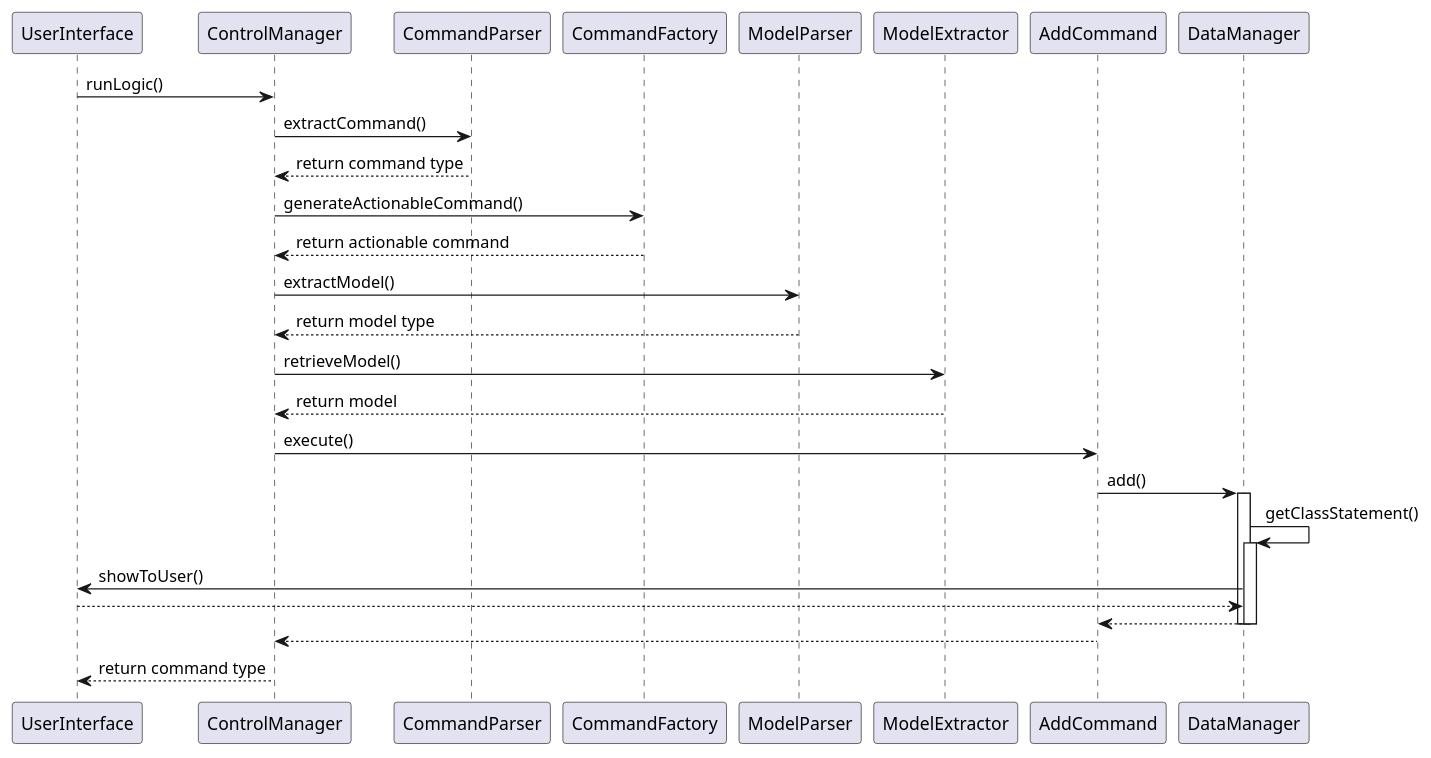
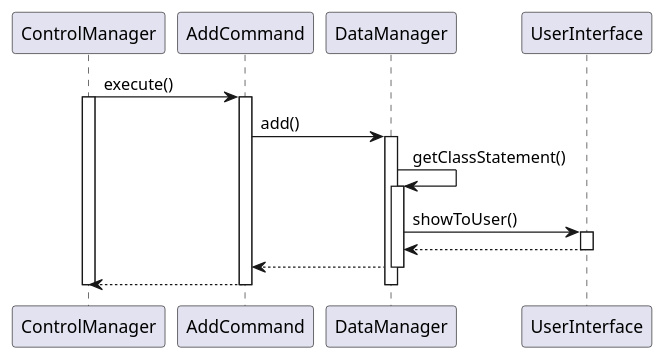
One commit to untitle4/tp changed the diagram in docs/Add.puml. Above: the diagram before and after it, drawn with PlantUML.

Commit message:
Simplify plantUML Add feature

```diff
--- a/docs/Add.puml
+++ b/docs/Add.puml
@@ -1,30 +1,21 @@
 @startuml
-UserInterface -> ControlManager: runLogic()
-ControlManager -> CommandParser: extractCommand()
+ControlManager -> AddCommand: execute()
+activate ControlManager
 
-CommandParser --> ControlManager: return command type
-
-ControlManager -> CommandFactory: generateActionableCommand()
-CommandFactory --> ControlManager: return actionable command
-
-ControlManager -> ModelParser: extractModel()
-ModelParser --> ControlManager: return model type
-
-ControlManager -> ModelExtractor: retrieveModel()
-ModelExtractor --> ControlManager: return model
-
-ControlManager -> AddCommand: execute()
+activate AddCommand
 AddCommand -> DataManager: add()
 activate DataManager
 DataManager -> DataManager: getClassStatement()
 activate DataManager
 DataManager -> UserInterface: showToUser()
-
+activate UserInterface
 UserInterface --> DataManager
+deactivate UserInterface
 DataManager --> AddCommand
 deactivate DataManager
+AddCommand --> ControlManager
+deactivate AddCommand
 deactivate DataManager
-AddCommand --> ControlManager
-ControlManager --> UserInterface: return command type
 
+deactivate ControlManager
 @enduml
```
